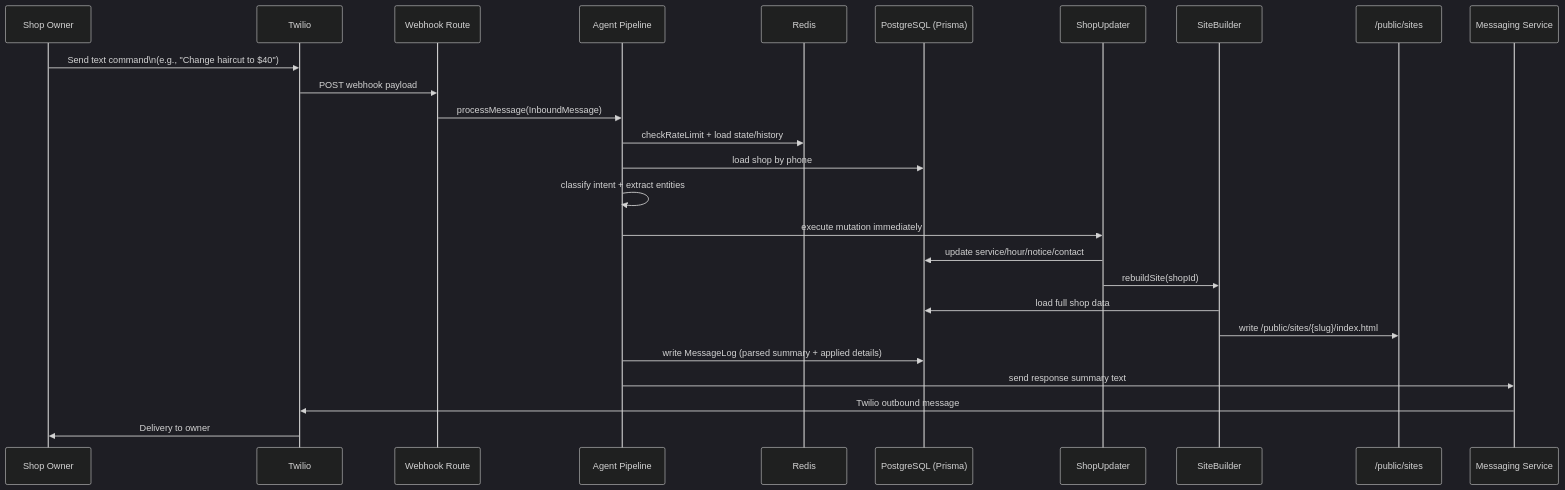
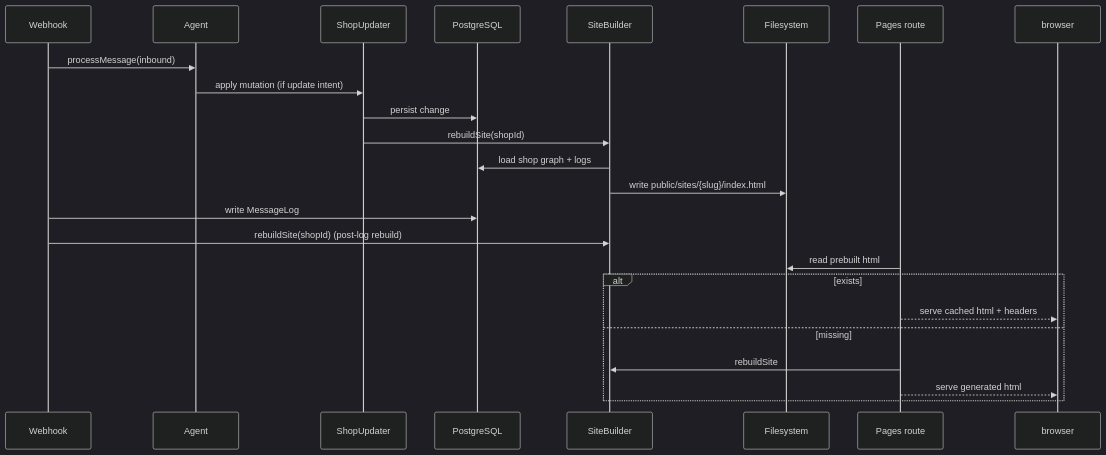
One commit to kishorbarman/shopfront changed the third of 3 diagrams in docs/SYSTEM_ARCHITECTURE.md. Above: the diagram before and after it, drawn with Mermaid (dark theme). The commit also changed other lines of this file and 1 other file, not shown here.

Commit message:
Revise system architecture docs with code-accurate comprehensive design

````diff
--- a/docs/SYSTEM_ARCHITECTURE.md
+++ b/docs/SYSTEM_ARCHITECTURE.md
@@ -74,29 +227,28 @@
 ```mermaid
 sequenceDiagram
-  participant O as Shop Owner
-  participant T as Twilio
-  participant W as Webhook Route
-  participant A as Agent Pipeline
-  participant R as Redis
-  participant DB as PostgreSQL (Prisma)
+  participant W as Webhook
+  participant A as Agent
   participant U as ShopUpdater
-  participant SB as SiteBuilder
-  participant FS as /public/sites
-  participant M as Messaging Service
+  participant DB as PostgreSQL
+  participant B as SiteBuilder
+  participant F as Filesystem
+  participant P as Pages route
 
-  O->>T: Send text command\n(e.g., "Change haircut to $40")
-  T->>W: POST webhook payload
-  W->>A: processMessage(InboundMessage)
-  A->>R: checkRateLimit + load state/history
-  A->>DB: load shop by phone
-  A->>A: classify intent + extract entities
-  A->>U: execute mutation immediately
-  U->>DB: update service/hour/notice/contact
-  U->>SB: rebuildSite(shopId)
-  SB->>DB: load full shop data
-  SB->>FS: write /public/sites/{slug}/index.html
-  A->>DB: write MessageLog (parsed summary + applied details)
-  A->>M: send response summary text
-  M->>T: Twilio outbound message
-  T->>O: Delivery to owner
+  W->>A: processMessage(inbound)
+  A->>U: apply mutation (if update intent)
+  U->>DB: persist change
+  U->>B: rebuildSite(shopId)
+  B->>DB: load shop graph + logs
+  B->>F: write public/sites/{slug}/index.html
+
+  W->>DB: write MessageLog
+  W->>B: rebuildSite(shopId) (post-log rebuild)
+
+  P->>F: read prebuilt html
+  alt exists
+    P-->>browser: serve cached html + headers
+  else missing
+    P->>B: rebuildSite
+    P-->>browser: serve generated html
+  end
 ```
````
